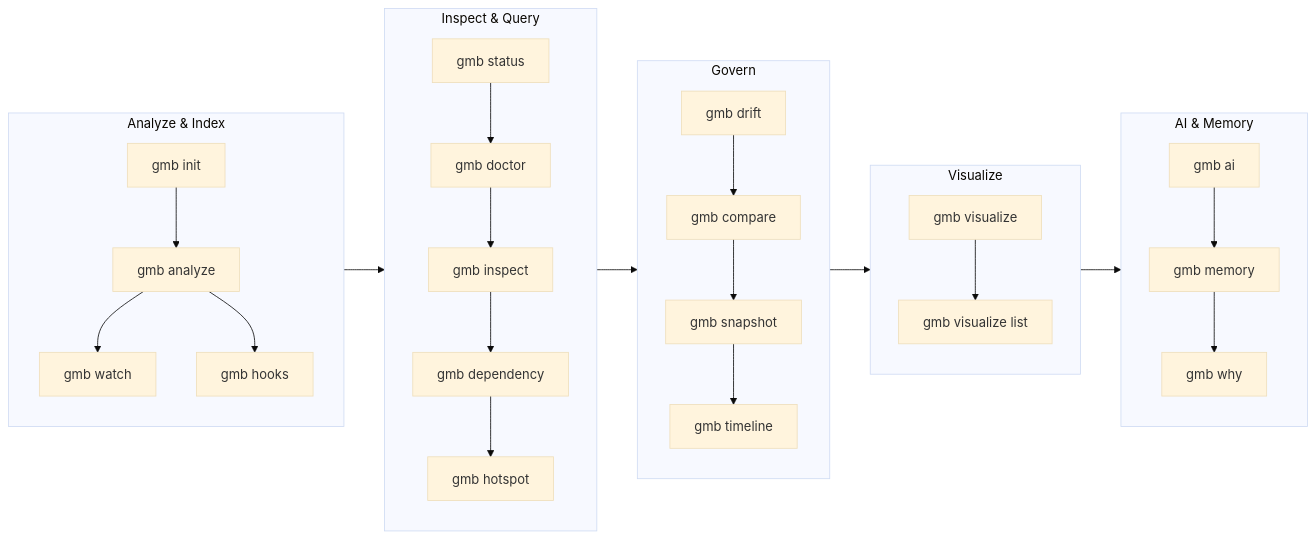
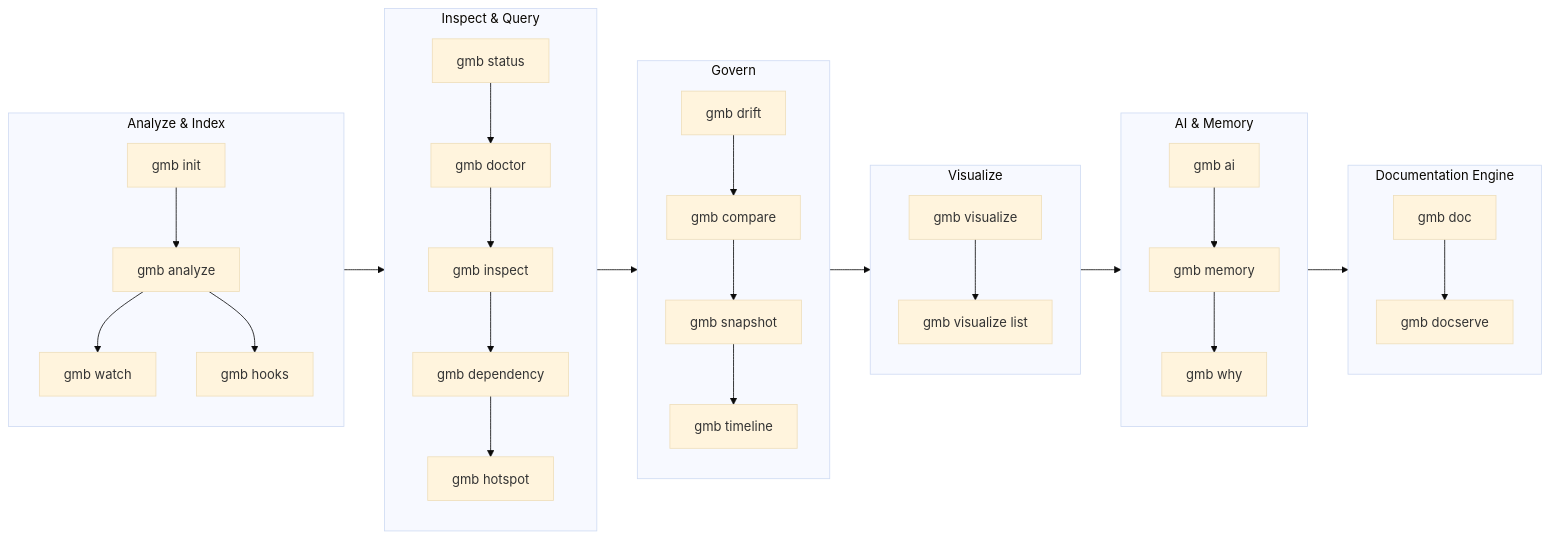
One commit to Syamchand123/GlassMarble changed the first of 2 diagrams in docs/cli.md. Above: the diagram before and after it, drawn with Mermaid (base theme). The commit also changed other lines of this file and 100 other files, not shown here.

````diff
--- a/docs/cli.md
+++ b/docs/cli.md
@@ -5,29 +5,32 @@
 ```mermaid
 flowchart LR
   subgraph Analyze[Analyze & Index]
     direction TB
     init[gmb init] --> analyze[gmb analyze]
     analyze --> watch[gmb watch]
     analyze --> hooks[gmb hooks]
   end
   subgraph Inspect[Inspect & Query]
     direction TB
     status[gmb status] --> doctor[gmb doctor]
     doctor --> inspect[gmb inspect]
     inspect --> dep[gmb dependency]
     dep --> hotspot[gmb hotspot]
   end
   subgraph Govern[Govern]
     drift[gmb drift] --> compare[gmb compare]
     compare --> snap[gmb snapshot]
     snap --> timeline[gmb timeline]
   end
   subgraph Viz[Visualize]
     viz[gmb visualize] --> list[gmb visualize list]
   end
   subgraph AI[AI & Memory]
     ai[gmb ai] --> memory[gmb memory]
     memory --> why[gmb why]
   end
-  Analyze --> Inspect --> Govern --> Viz --> AI
+  subgraph Docs[Documentation Engine]
+    doc[gmb doc] --> docserve[gmb docserve]
+  end
+  Analyze --> Inspect --> Govern --> Viz --> AI --> Docs
 ```
````
